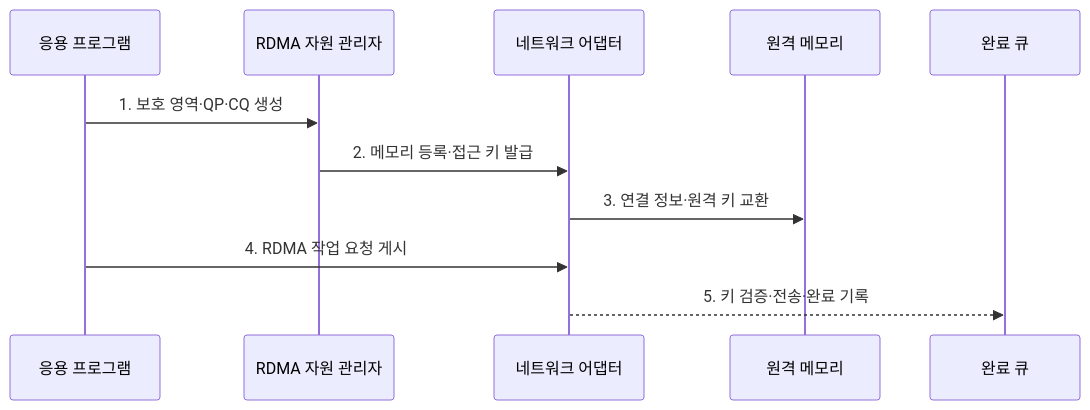
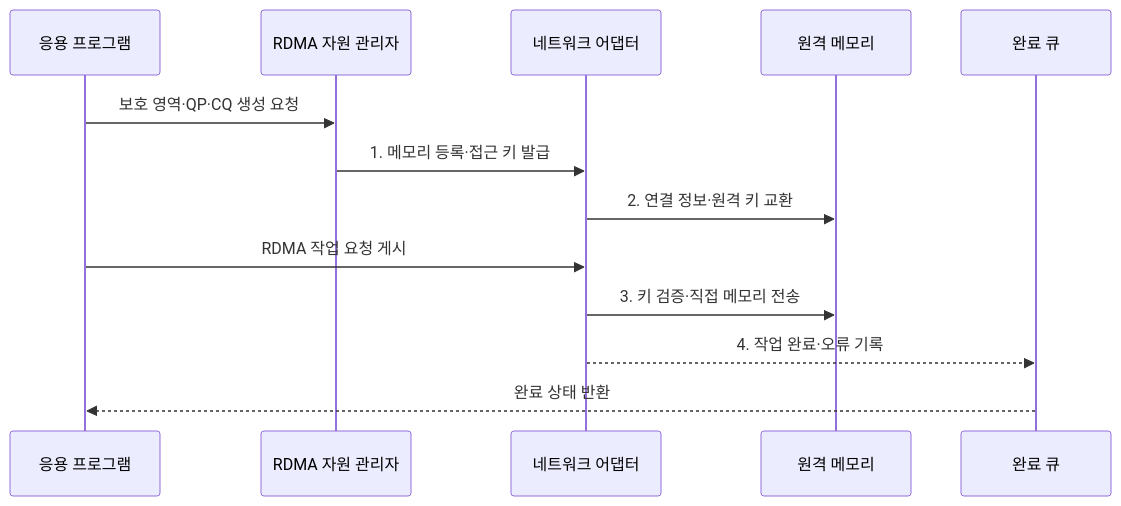
The second of 2 diagrams in src/content/docs/notes/08-latest-tech/152_rdma.md (agnusdei1207/knowledge-base), drawn with Mermaid before and after one commit. The commit also changed other lines of this file and 225 other files, not shown here.

````diff
--- a/src/content/docs/notes/08-latest-tech/152_rdma.md
+++ b/src/content/docs/notes/08-latest-tech/152_rdma.md
@@ -77,13 +77,15 @@
 ```mermaid
 sequenceDiagram
     participant A as 응용 프로그램
     participant R as RDMA 자원 관리자
     participant N as 네트워크 어댑터
     participant M as 원격 메모리
     participant C as 완료 큐
-    A->>R: 1. 보호 영역·QP·CQ 생성
-    R->>N: 2. 메모리 등록·접근 키 발급
-    N->>M: 3. 연결 정보·원격 키 교환
-    A->>N: 4. RDMA 작업 요청 게시
-    N-->>C: 5. 키 검증·전송·완료 기록
+    A->>R: 보호 영역·QP·CQ 생성 요청
+    R->>N: 1. 메모리 등록·접근 키 발급
+    N->>M: 2. 연결 정보·원격 키 교환
+    A->>N: RDMA 작업 요청 게시
+    N->>M: 3. 키 검증·직접 메모리 전송
+    N-->>C: 4. 작업 완료·오류 기록
+    C-->>A: 완료 상태 반환
 ```
````
